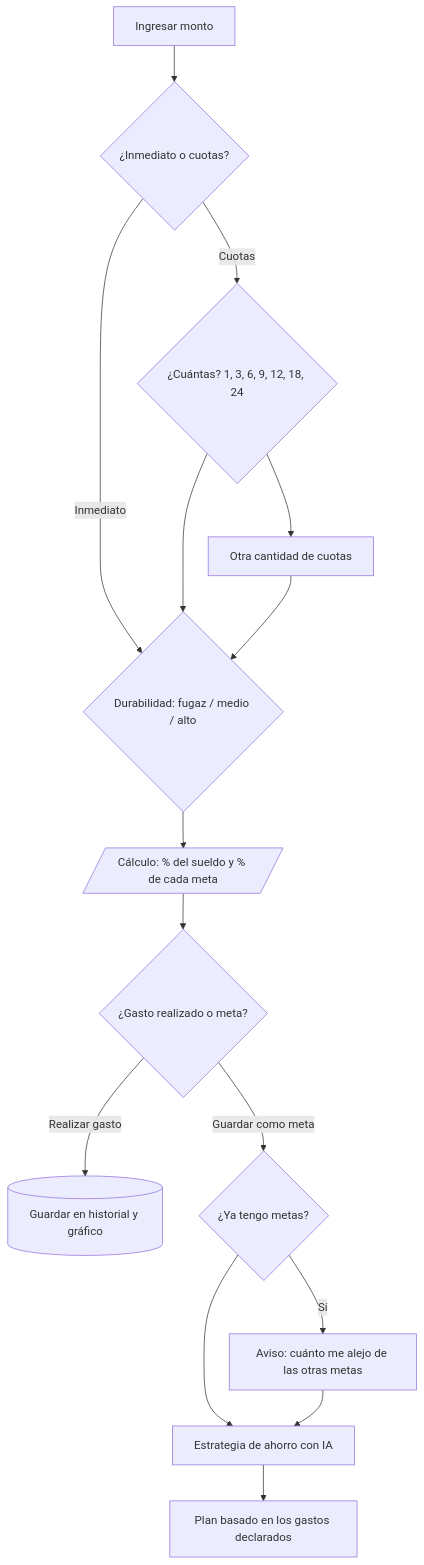
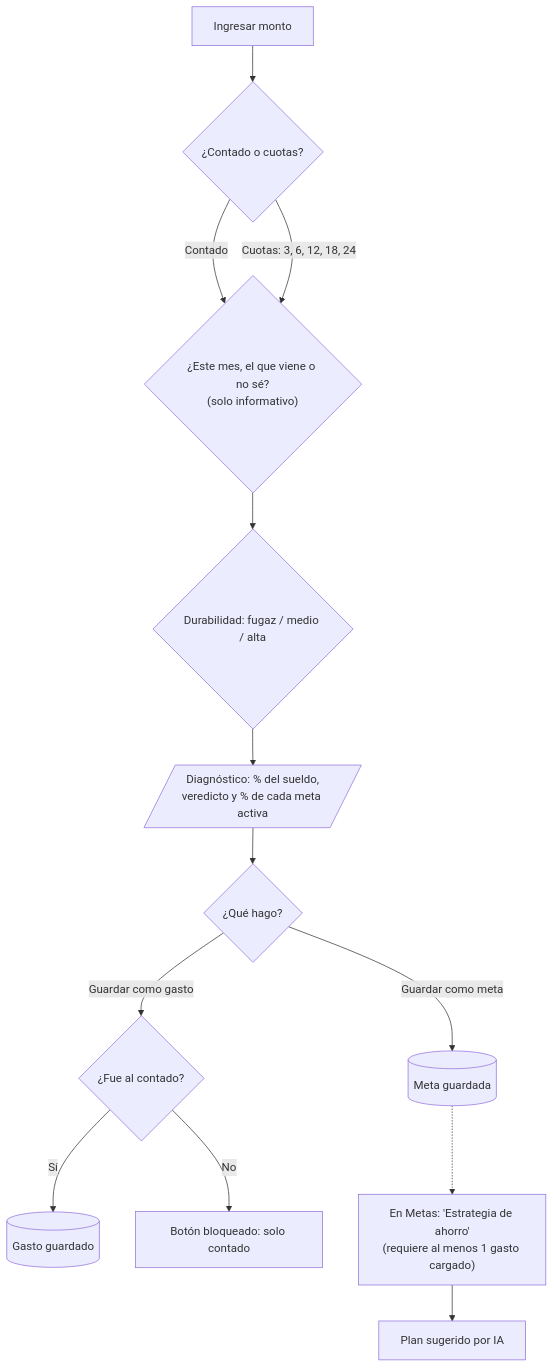
The first of 6 diagrams in README.md (Gaburiiru/capricho), drawn with Mermaid before and after one commit. The commit also changed other lines of this file and 15 other files, not shown here.

````diff
--- a/README.md
+++ b/README.md
@@ -112,17 +226,15 @@
 ```mermaid
 flowchart TD
-    A[Ingresar monto] --> B{¿Inmediato o cuotas?}
-    B -- Cuotas --> C{¿Cuántas? 1, 3, 6, 9, 12, 18, 24}
-    C --> D[Otra cantidad de cuotas]
-    B -- Inmediato --> E
-    C --> E
-    D --> E{Durabilidad: fugaz / medio / alto}
-    E --> F[/Cálculo: % del sueldo y % de cada meta/]
-    F --> G{¿Gasto realizado o meta?}
-    G -- Realizar gasto --> H[(Guardar en historial y gráfico)]
-    G -- Guardar como meta --> I{¿Ya tengo metas?}
-    I -- Sí --> J[Aviso: cuánto me alejo de las otras metas]
-    I --> K[Estrategia de ahorro con IA]
-    J --> K
-    K --> L[Plan basado en los gastos declarados]
+    A[Ingresar monto] --> B{¿Contado o cuotas?}
+    B -- Contado --> T
+    B -- "Cuotas: 3, 6, 12, 18, 24" --> T
+    T{"¿Este mes, el que viene o no sé?<br/>(solo informativo)"} --> D
+    D{Durabilidad: fugaz / medio / alta} --> F
+    F[/"Diagnóstico: % del sueldo,<br/>veredicto y % de cada meta activa"/] --> G{¿Qué hago?}
+    G -- Guardar como gasto --> H{¿Fue al contado?}
+    H -- Sí --> I[(Gasto guardado)]
+    H -- No --> X[Botón bloqueado: solo contado]
+    G -- Guardar como meta --> J[(Meta guardada)]
+    J -.-> K["En Metas: 'Estrategia de ahorro'<br/>(requiere al menos 1 gasto cargado)"]
+    K --> L[Plan sugerido por IA]
 ```
````
